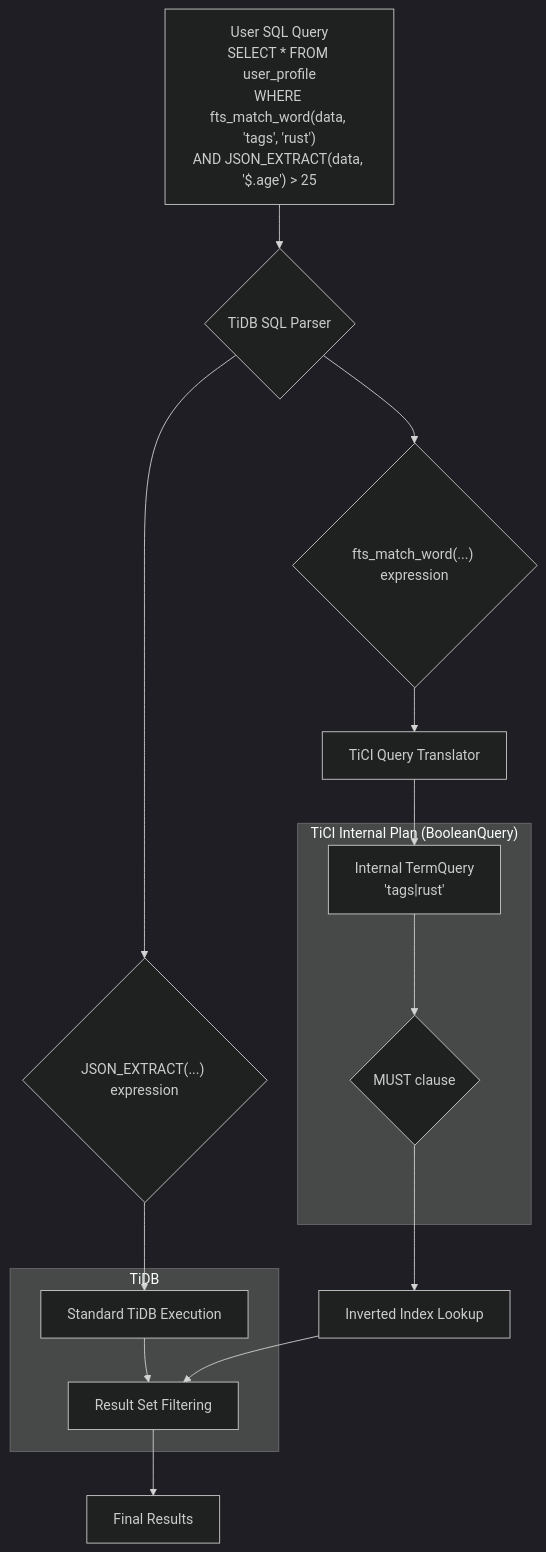
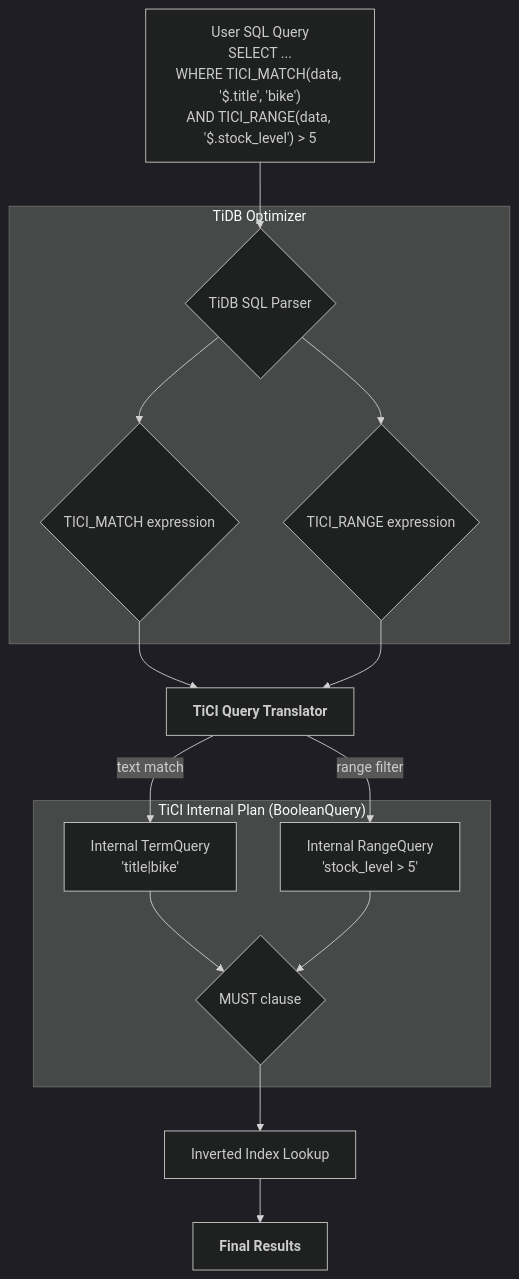
Before and after one commit to kolafish/tantivy: the second of 3 diagrams in TiCI_JSON_Support_Proposal.md, drawn with Mermaid (dark theme). The commit also changed other lines of this file, not shown here.

````diff
--- a/TiCI_JSON_Support_Proposal.md
+++ b/TiCI_JSON_Support_Proposal.md
@@ -40,18 +154,22 @@
 ```mermaid
 graph TD
-    A["User SQL Query<br/>SELECT * FROM user_profile<br/>WHERE fts_match_word(data, 'tags', 'rust')<br/>AND JSON_EXTRACT(data, '$.age') &gt; 25"] --> B{"TiDB SQL Parser"};
-    B --> C{"fts_match_word(...) expression"};
-    C --> D["TiCI Query Translator"];
-    D --> E["Internal TermQuery<br/>'tags|rust'"];
-    B --> F{"JSON_EXTRACT(...) expression"};
-    F --> G["Standard TiDB Execution"];
+    A["User SQL Query<br/>SELECT ...<br/>WHERE TICI_MATCH(data, '$.title', 'bike')<br/>AND TICI_RANGE(data, '$.stock_level') > 5"] --> B{"TiDB SQL Parser"};
+    
+    subgraph "TiDB Optimizer"
+      B --> C{"TICI_MATCH expression"};
+      B --> D{"TICI_RANGE expression"};
+    end
+    
+    C & D --> E["<strong>TiCI Query Translator</strong>"];
+    
+    E -- "text match" --> F["Internal TermQuery<br/>'title|bike'"];
+    E -- "range filter" --> G["Internal RangeQuery<br/>'stock_level > 5'"];
+
     subgraph "TiCI Internal Plan (BooleanQuery)"
-        E --> H{"MUST clause"};
+        F --> H{MUST clause};
+        G --> H;
     end
-    H --> I["Inverted Index Lookup"];
-    subgraph TiDB
-        G --> J["Result Set Filtering"];
-    end
-    I --> J;
-    J --> K["Final Results"];
+    
+    H --> I[Inverted Index Lookup];
+    I --> J[<B>Final Results</B>];
 ```
````
